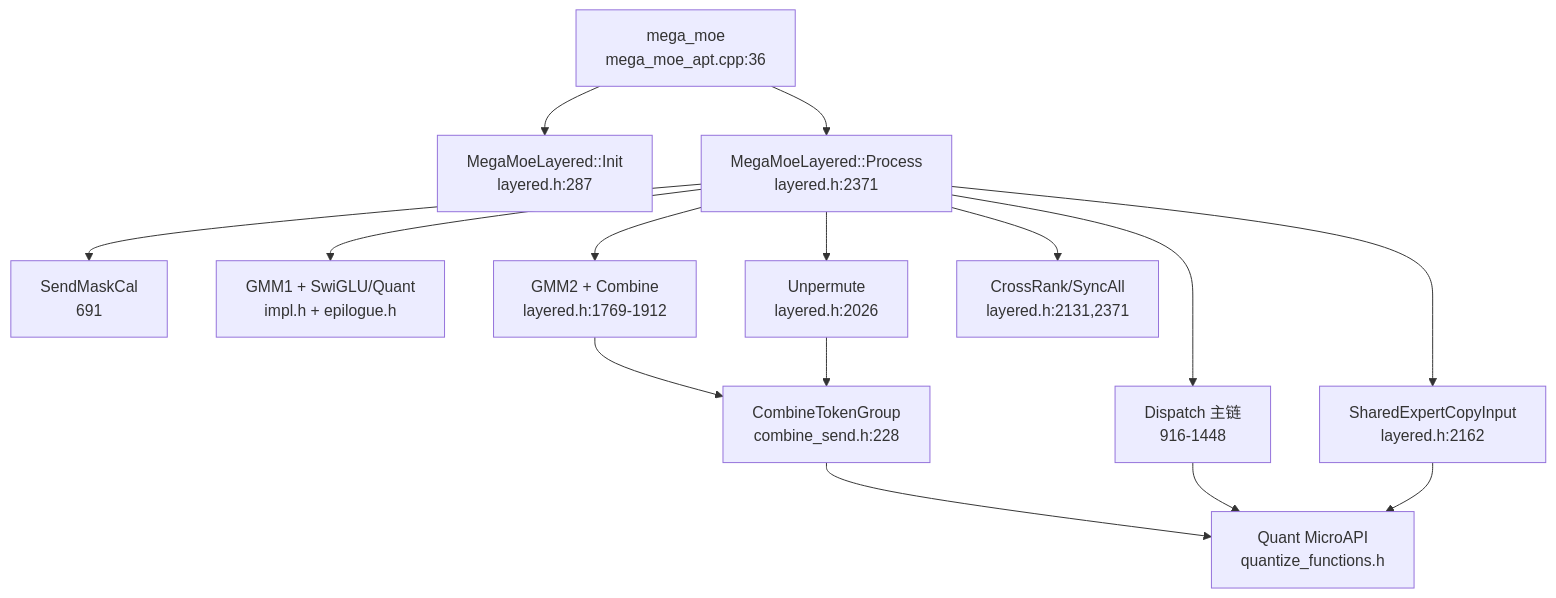
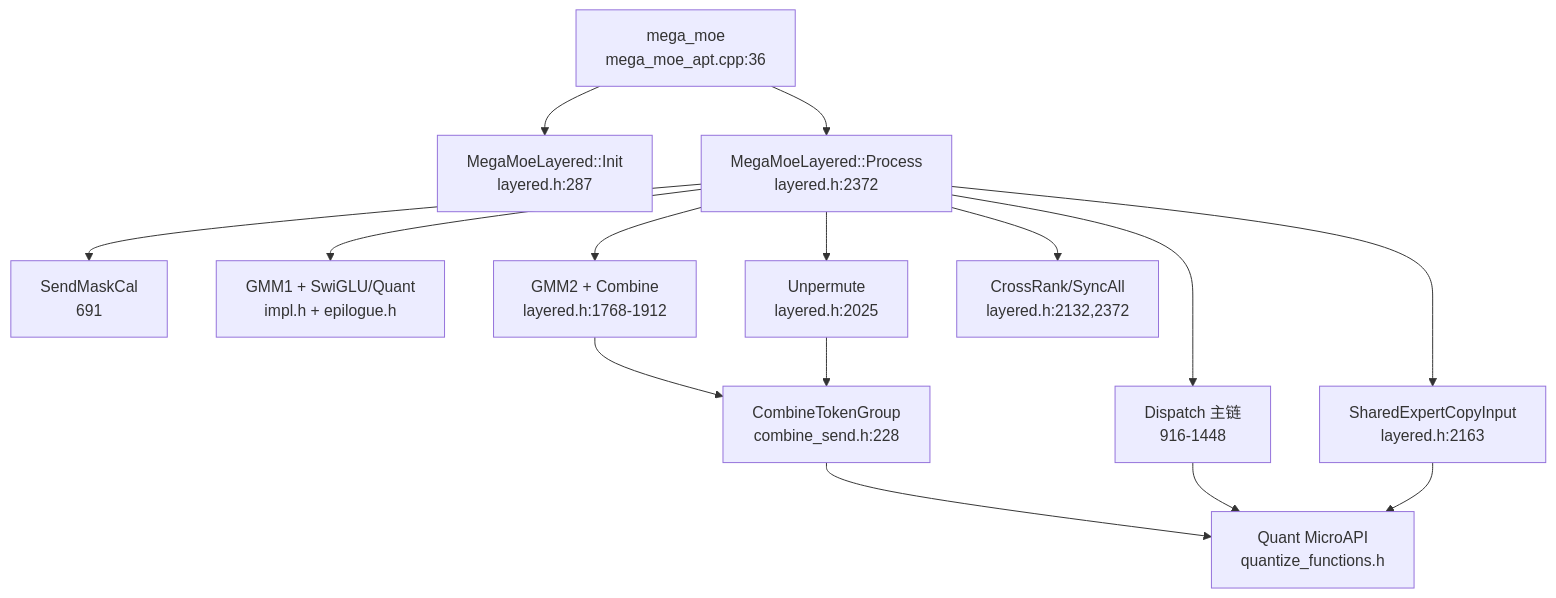
Before and after one commit to ChunnX/ops-transformer: the first of 2 diagrams in mc2/mega_moe/op_kernel/arch35/mega_moe_layered_sync_audit.md, drawn with Mermaid. The commit also changed other lines of this file and 1 other file, not shown here.

````diff
--- a/mc2/mega_moe/op_kernel/arch35/mega_moe_layered_sync_audit.md
+++ b/mc2/mega_moe/op_kernel/arch35/mega_moe_layered_sync_audit.md
@@ -31,30 +41,30 @@
 ```mermaid
 flowchart TD
     K["mega_moe<br/>mega_moe_apt.cpp:36"]
     I["MegaMoeLayered::Init<br/>layered.h:287"]
-    P["MegaMoeLayered::Process<br/>layered.h:2371"]
+    P["MegaMoeLayered::Process<br/>layered.h:2372"]
     SMC["SendMaskCal<br/>691"]
     D["Dispatch 主链<br/>916-1448"]
     G1["GMM1 + SwiGLU/Quant<br/>impl.h + epilogue.h"]
-    G2["GMM2 + Combine<br/>layered.h:1769-1912"]
+    G2["GMM2 + Combine<br/>layered.h:1768-1912"]
     C["CombineTokenGroup<br/>combine_send.h:228"]
     Q["Quant MicroAPI<br/>quantize_functions.h"]
-    U["Unpermute<br/>layered.h:2026"]
-    SH["SharedExpertCopyInput<br/>layered.h:2162"]
-    SY["CrossRank/SyncAll<br/>layered.h:2131,2371"]
+    U["Unpermute<br/>layered.h:2025"]
+    SH["SharedExpertCopyInput<br/>layered.h:2163"]
+    SY["CrossRank/SyncAll<br/>layered.h:2132,2372"]
 
     K --> I
     K --> P
     P --> SMC
     P --> D
     P --> G1
     P --> G2
     G2 --> C
     C --> Q
     D --> Q
     P --> SH
     SH --> Q
     P --> U
     U --> C
     P --> SY
 ```
````
